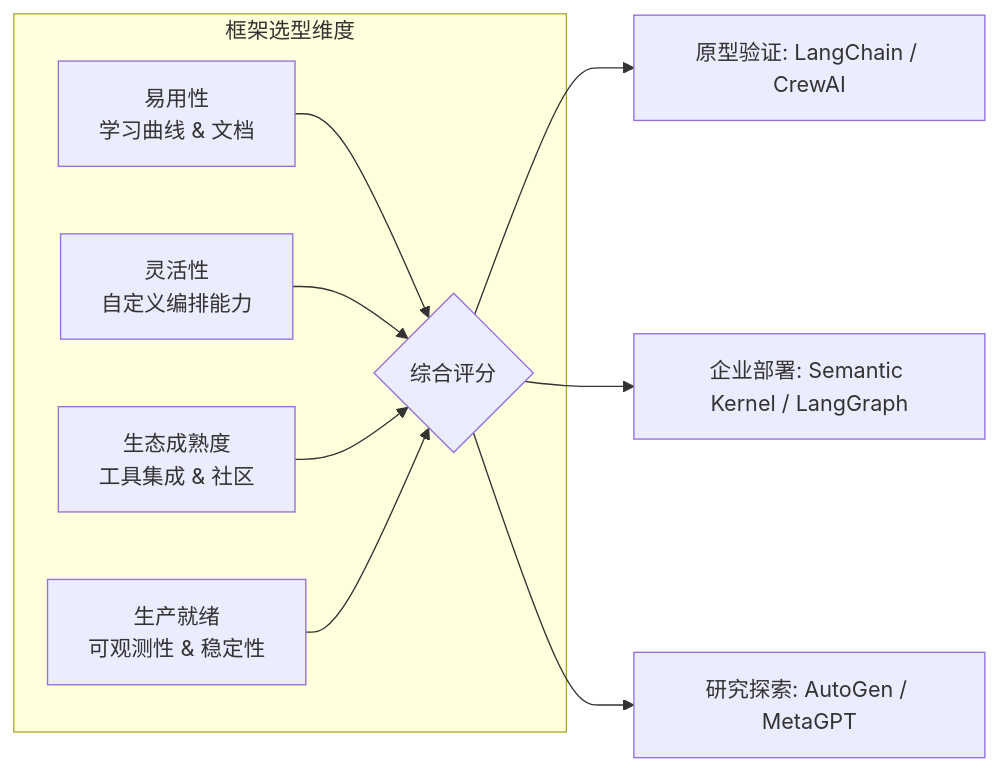
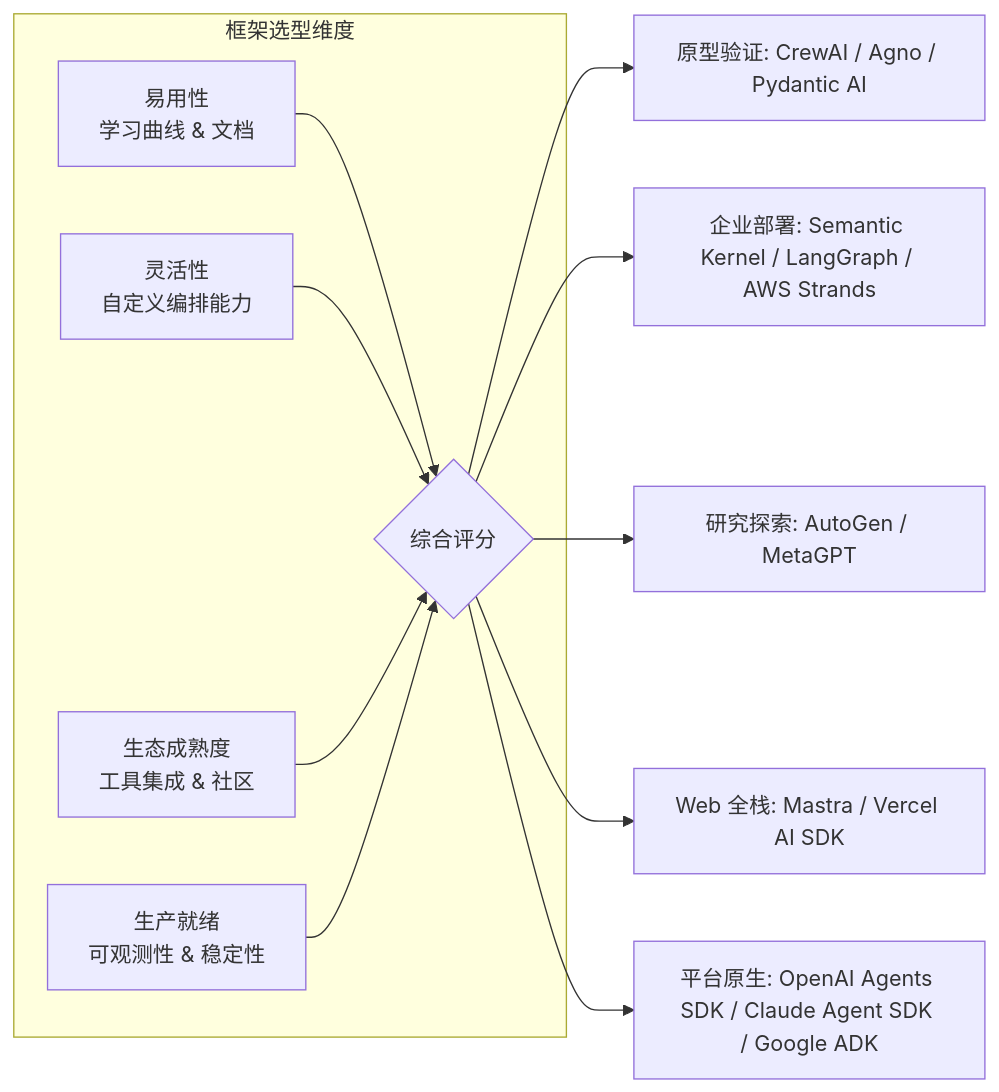
The first of 2 diagrams in chapters/part-04-multi-agent/ch11-framework-comparison.md (xiaoxiath/ai-agent-engineering), drawn with Mermaid before and after one commit. The commit also changed other lines of this file and 4 other files, not shown here.

````diff
--- a/chapters/part-04-multi-agent/ch11-framework-comparison.md
+++ b/chapters/part-04-multi-agent/ch11-framework-comparison.md
@@ -10,12 +9,14 @@
 ```mermaid
 flowchart LR
     subgraph 框架选型维度
         A[易用性<br/>学习曲线 & 文档] --> E{综合评分}
         B[灵活性<br/>自定义编排能力] --> E
         C[生态成熟度<br/>工具集成 & 社区] --> E
         D[生产就绪<br/>可观测性 & 稳定性] --> E
     end
-    E --> F[原型验证: LangChain / CrewAI]
-    E --> G[企业部署: Semantic Kernel / LangGraph]
+    E --> F[原型验证: CrewAI / Agno / Pydantic AI]
+    E --> G[企业部署: Semantic Kernel / LangGraph / AWS Strands]
     E --> H[研究探索: AutoGen / MetaGPT]
+    E --> I[Web 全栈: Mastra / Vercel AI SDK]
+    E --> J[平台原生: OpenAI Agents SDK / Claude Agent SDK / Google ADK]
 ```
````
